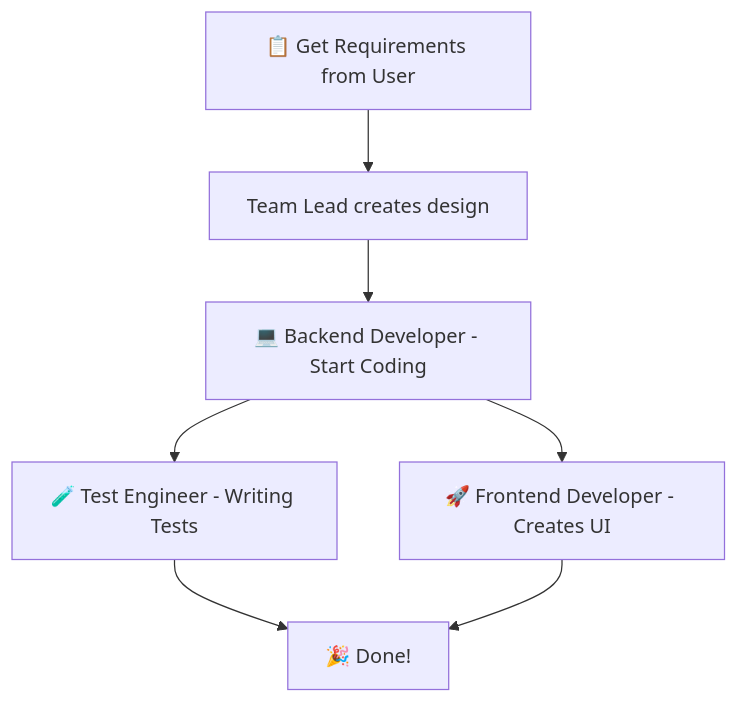
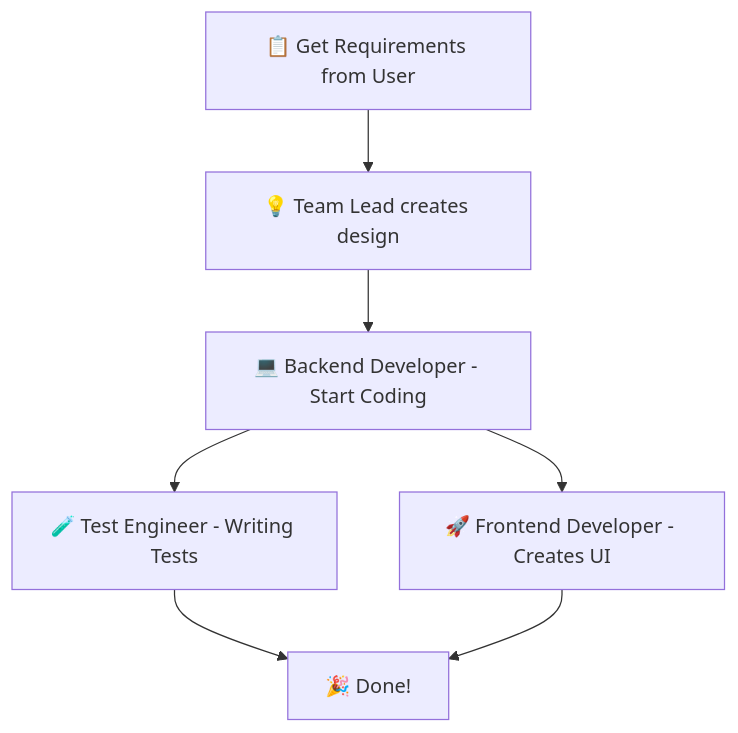
The diagram in CrewAI/engineering_team/README.md (YonatanHarel/Agentic-AI), drawn with Mermaid before and after one commit.

````diff
--- a/CrewAI/engineering_team/README.md
+++ b/CrewAI/engineering_team/README.md
@@ -5,10 +5,10 @@
 ```mermaid
 graph TD;
-  A[📋 Get Requirements from User] --> B[Team Lead creates design];
+  A[📋 Get Requirements from User] --> B[💡 Team Lead creates design];
   B --> C[💻 Backend Developer - Start Coding];
   C --> D[🚀 Frontend Developer - Creates UI];
   C --> E[🧪 Test Engineer - Writing Tests];
   E --> F[🎉 Done!];
   D --> F;
   
 ```
````
